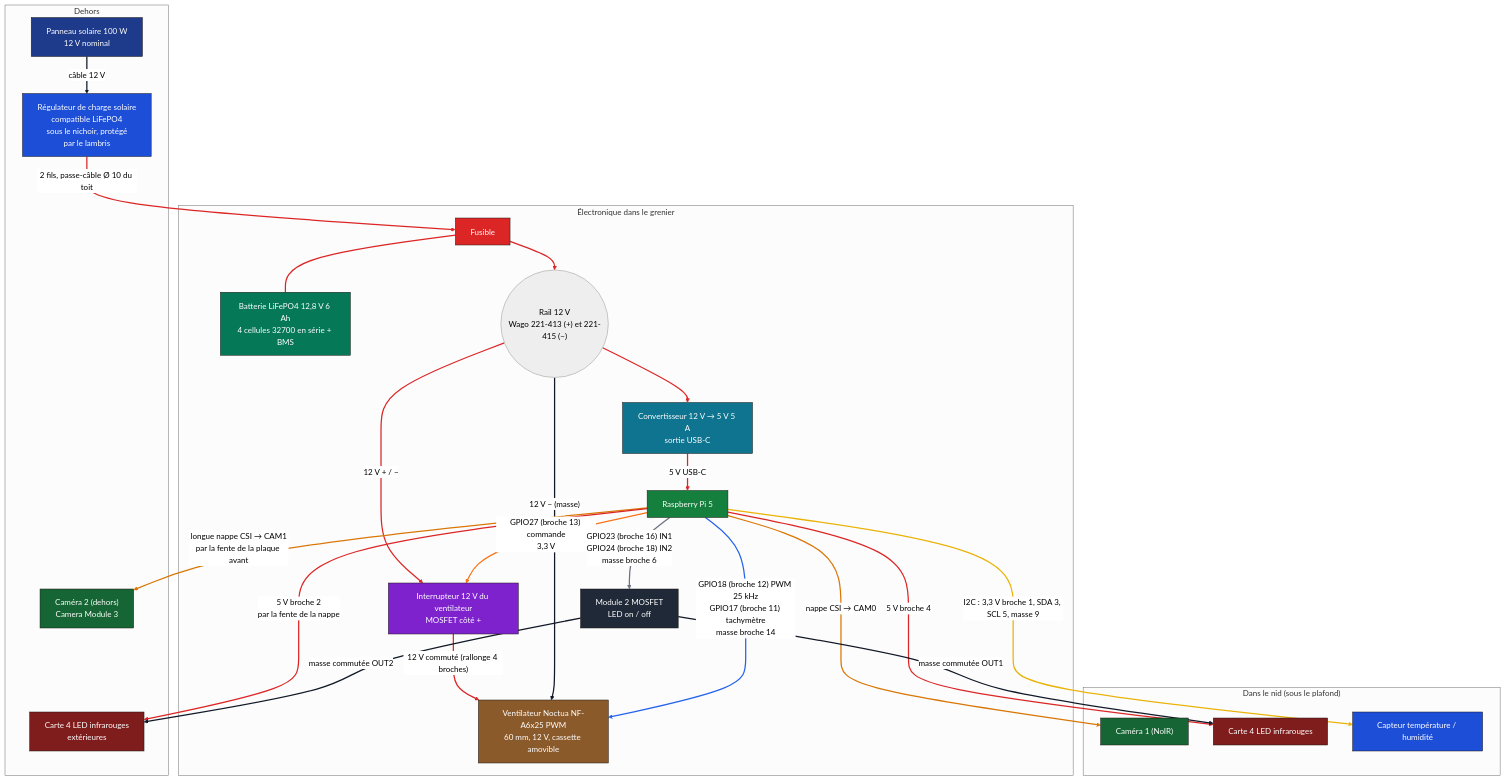
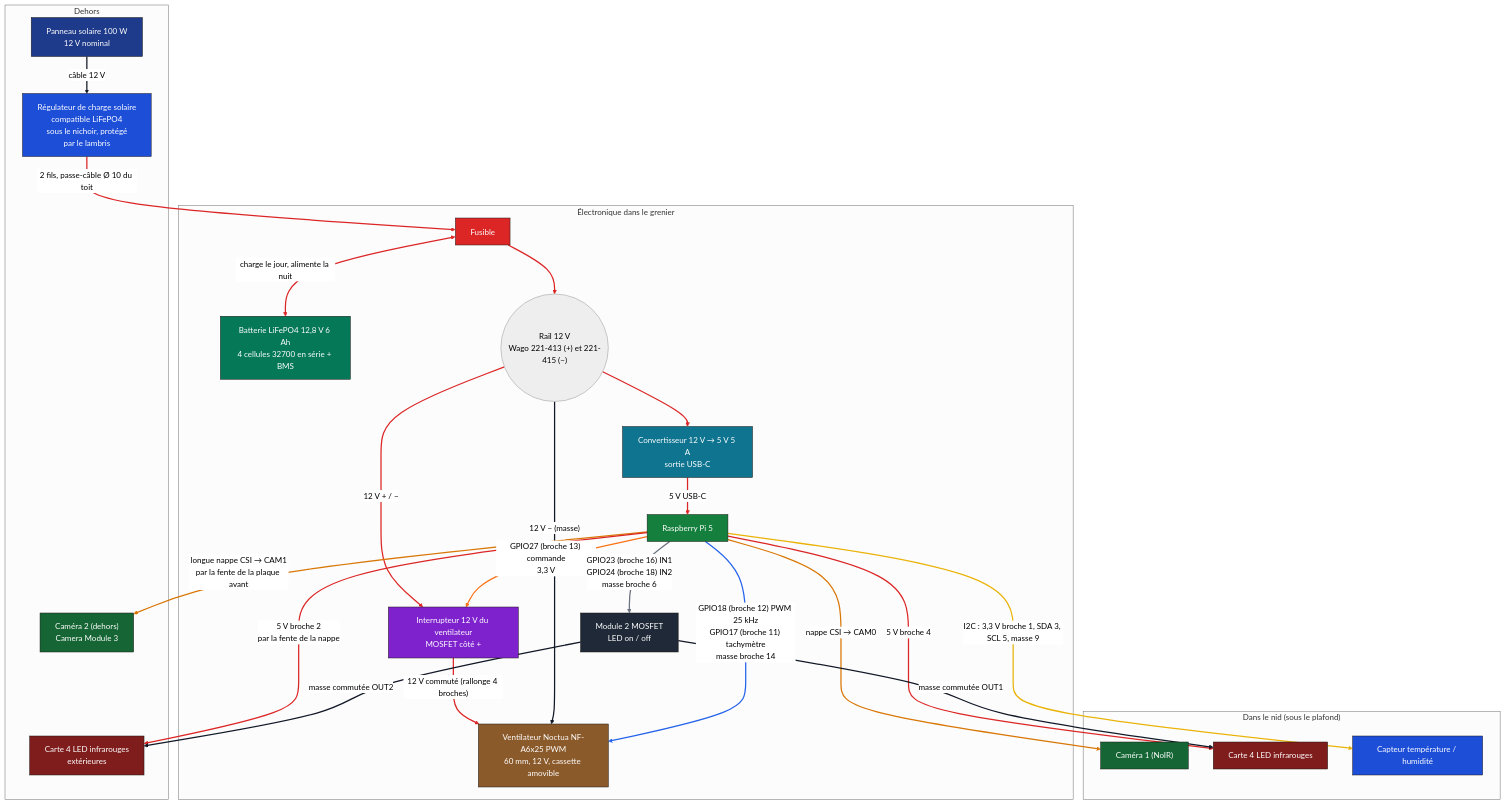
The diagram in docs/schema-electronique.md (mathieujullien77190/birds), drawn with Mermaid (neutral theme) before and after one commit.

Commit message:
docs(schema): make the fuse-battery link two-way (charge by day, supply by night)

```diff
--- a/docs/schema-electronique.md
+++ b/docs/schema-electronique.md
@@ -29,7 +29,7 @@
   end
   PV -->|"câble 12 V"| MPPT
   MPPT -->|"2 fils, passe-câble Ø 10 du toit"| FUSE
-  FUSE --- BAT
+  FUSE <-->|"charge le jour, alimente la nuit"| BAT
   FUSE --> RAIL
   RAIL --> BUCK
   BUCK -->|"5 V USB-C"| PI
```
